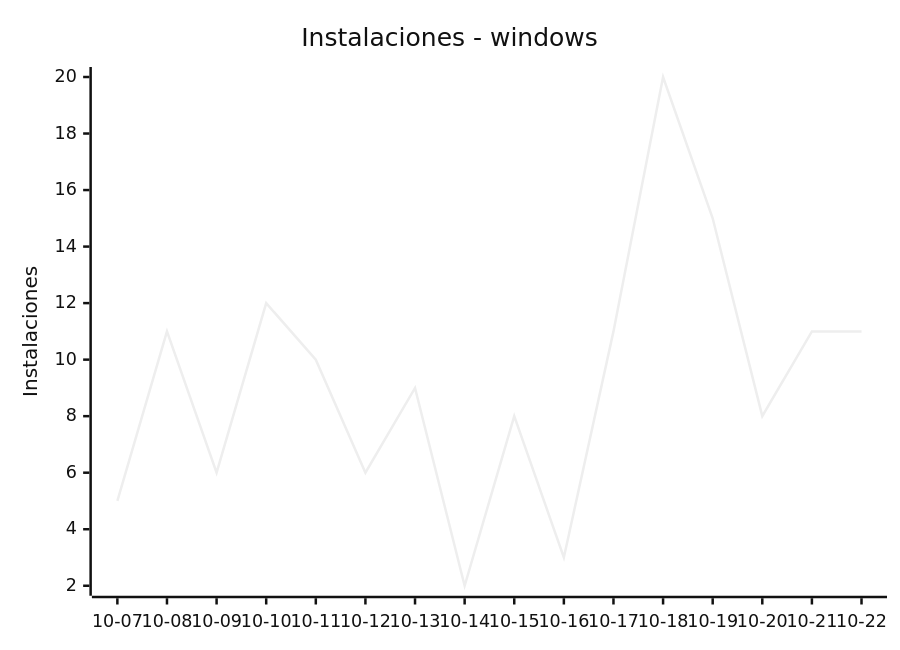
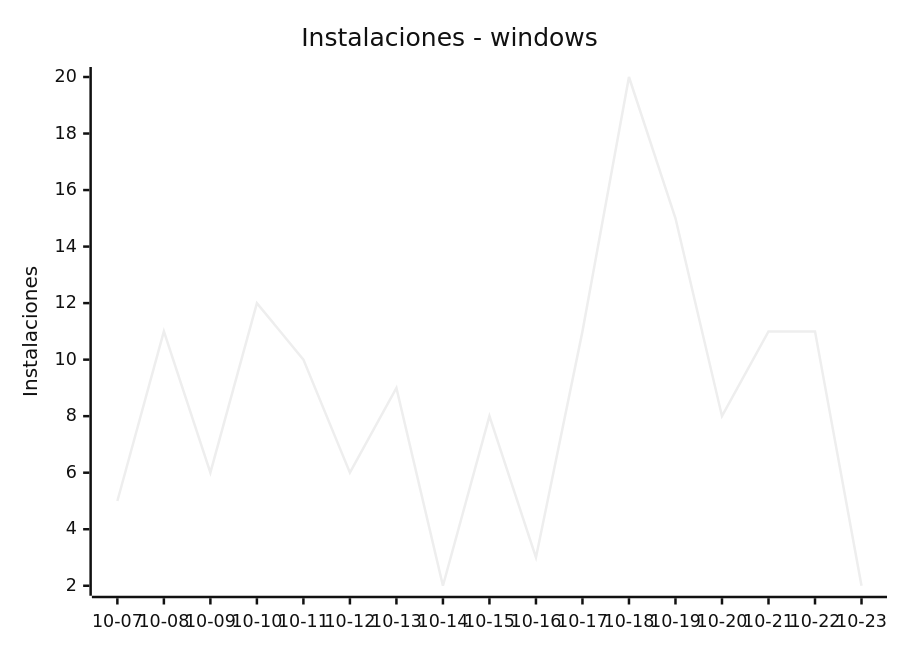
One commit to EmuDeck/stats changed the seventh of 9 diagrams in README.md. Above: the diagram before and after it, drawn with Mermaid (neutral theme). The commit also changed other lines of this file and 2 other files, not shown here.

````diff
--- a/README.md
+++ b/README.md
@@ -76,7 +76,7 @@
 ```mermaid
 xychart-beta
     title "Instalaciones - windows"
-    x-axis ["10-07", "10-08", "10-09", "10-10", "10-11", "10-12", "10-13", "10-14", "10-15", "10-16", "10-17", "10-18", "10-19", "10-20", "10-21", "10-22"]
+    x-axis ["10-07", "10-08", "10-09", "10-10", "10-11", "10-12", "10-13", "10-14", "10-15", "10-16", "10-17", "10-18", "10-19", "10-20", "10-21", "10-22", "10-23"]
     y-axis "Instalaciones"
-    line [5, 11, 6, 12, 10, 6, 9, 2, 8, 3, 11, 20, 15, 8, 11, 11]
+    line [5, 11, 6, 12, 10, 6, 9, 2, 8, 3, 11, 20, 15, 8, 11, 11, 2]
 ```
````
